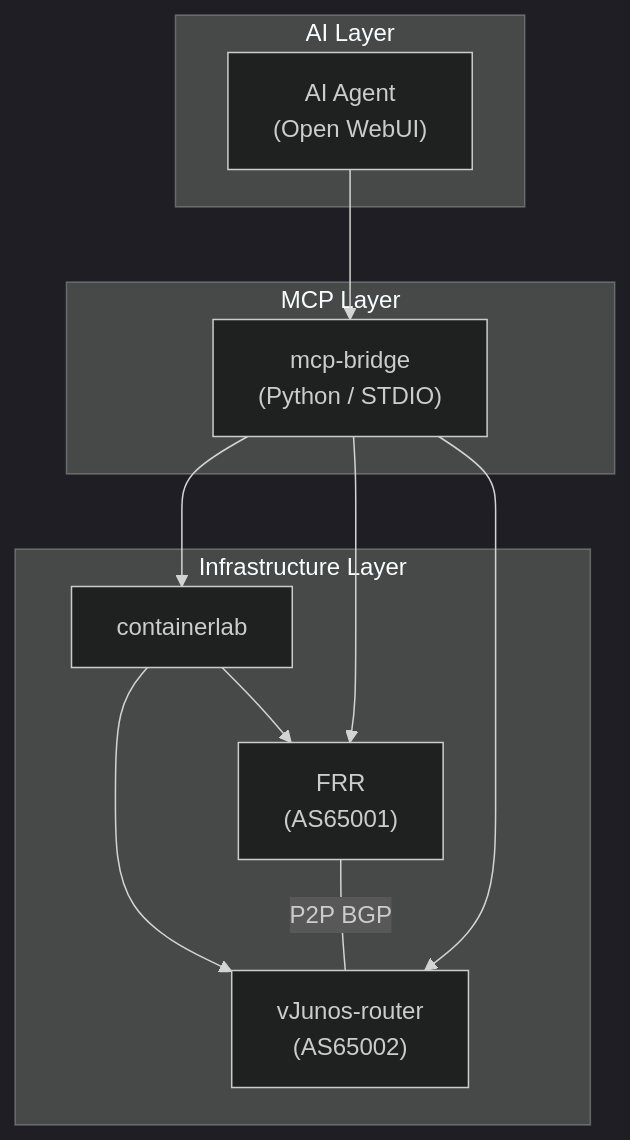
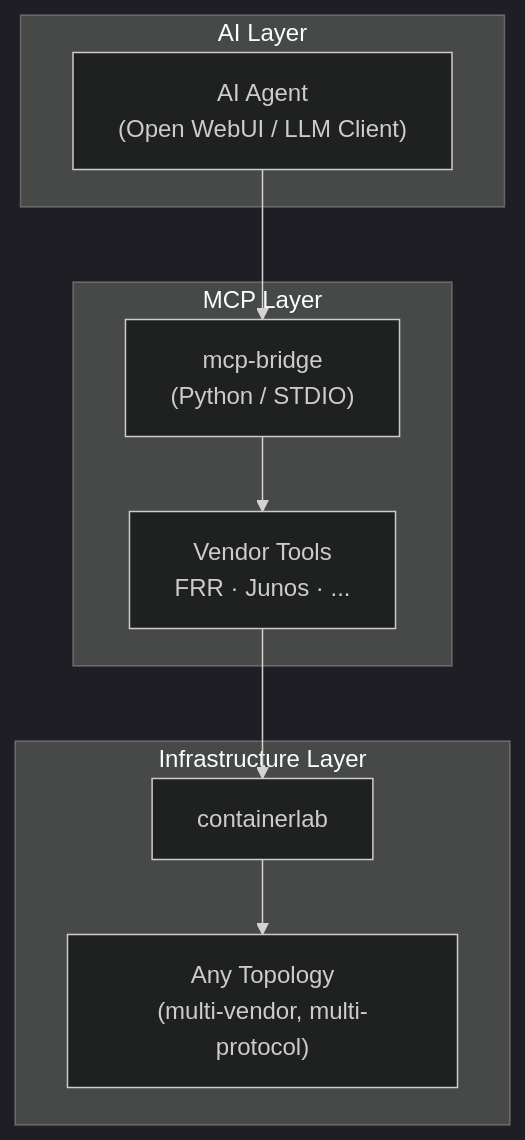
One commit to nkchan/clab-ai-orchestrator changed the diagram in README.md. Above: the diagram before and after it, drawn with Mermaid (dark theme). The commit also changed other lines of this file and 15 other files, not shown here.

First line of the commit message:
docs: convert all documentation to English, generalize README architecture

````diff
--- a/README.md
+++ b/README.md
@@ -8,25 +8,21 @@
 ```mermaid
 graph TB
     subgraph "AI Layer"
-        AI["AI Agent<br/>(Open WebUI)"]
+        AI["AI Agent<br/>(Open WebUI / LLM Client)"]
     end
 
     subgraph "MCP Layer"
         MCP["mcp-bridge<br/>(Python / STDIO)"]
+        TOOLS["Vendor Tools<br/>FRR · Junos · ..."]
+        MCP --> TOOLS
     end
 
     subgraph "Infrastructure Layer"
         CLAB["containerlab"]
-        FRR["FRR<br/>(AS65001)"]
-        VJUNOS["vJunos-router<br/>(AS65002)"]
-
-        CLAB --> FRR
-        CLAB --> VJUNOS
-        FRR --- |"P2P BGP"| VJUNOS
+        TOPO["Any Topology<br/>(multi-vendor, multi-protocol)"]
+        CLAB --> TOPO
     end
 
     AI --> MCP
-    MCP --> CLAB
-    MCP --> FRR
-    MCP --> VJUNOS
+    TOOLS --> CLAB
 ```
````
